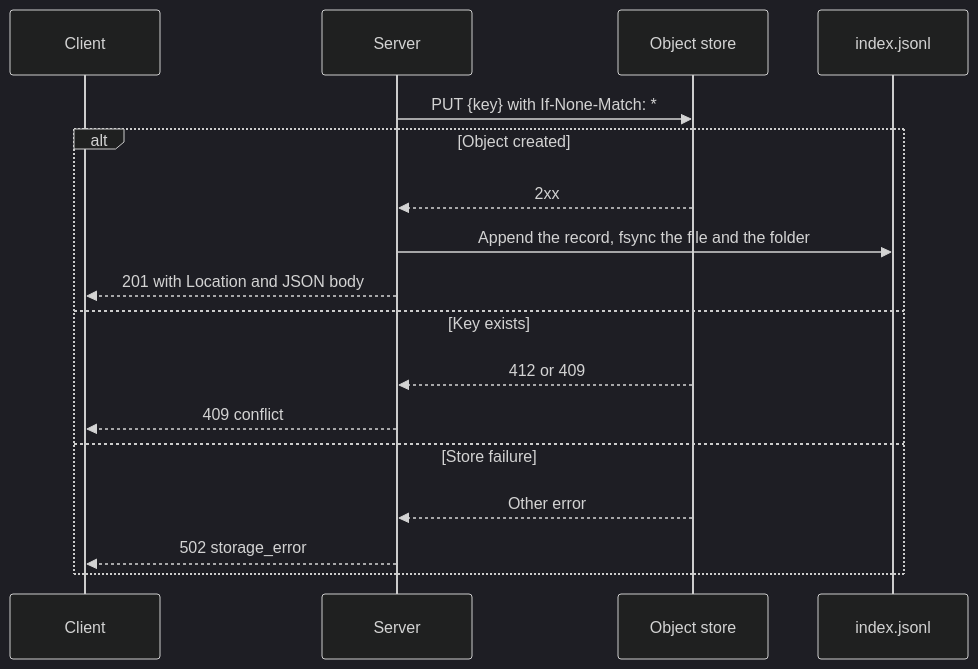
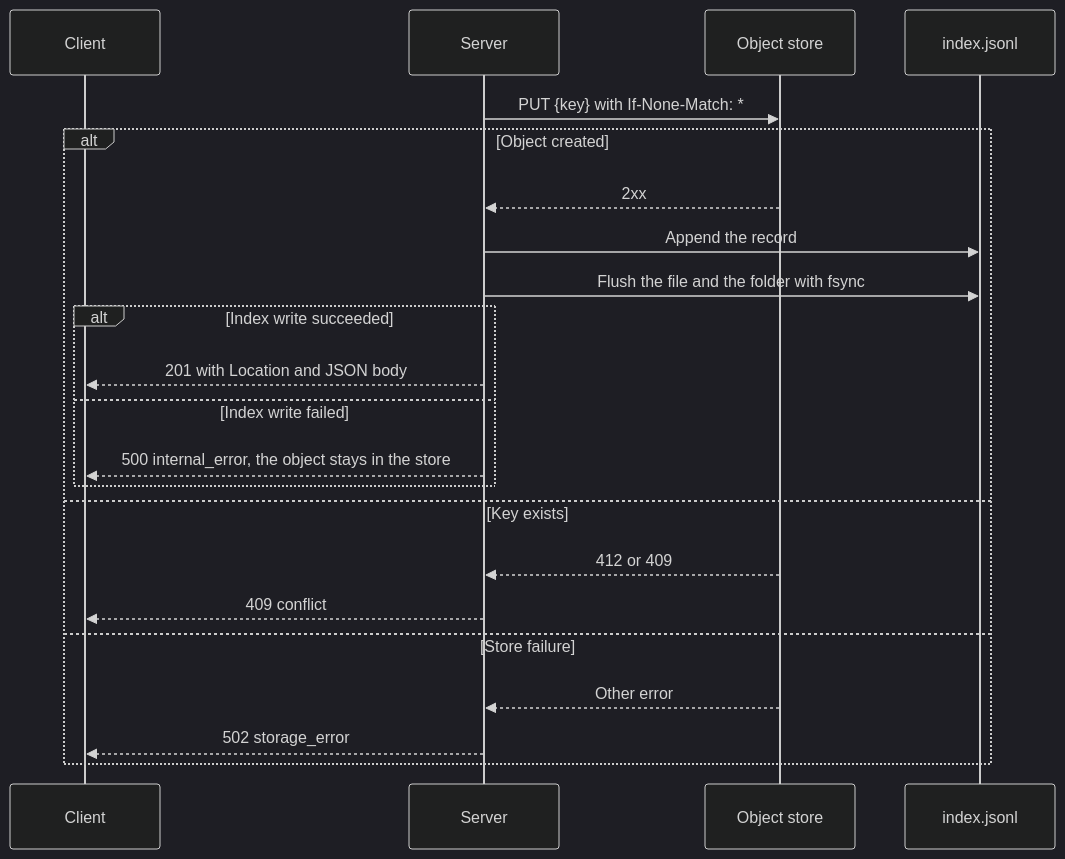
Before and after one commit to esukram/fileslop: the second of 2 diagrams in docs/prds/PRD-upload.md, drawn with Mermaid (dark theme). The commit also changed other lines of this file and 4 other files, not shown here.

First line of the commit message:
docs: apply review findings to diagrams and auth header text

````diff
--- a/docs/prds/PRD-upload.md
+++ b/docs/prds/PRD-upload.md
@@ -82,19 +83,24 @@
 ```mermaid
 sequenceDiagram
   participant C as Client
   participant S as Server
   participant O as Object store
   participant I as index.jsonl
   S->>O: PUT {key} with If-None-Match: *
   alt Object created
     O-->>S: 2xx
-    S->>I: Append the record, fsync the file and the folder
-    S-->>C: 201 with Location and JSON body
+    S->>I: Append the record
+    S->>I: Flush the file and the folder with fsync
+    alt Index write succeeded
+      S-->>C: 201 with Location and JSON body
+    else Index write failed
+      S-->>C: 500 internal_error, the object stays in the store
+    end
   else Key exists
     O-->>S: 412 or 409
     S-->>C: 409 conflict
   else Store failure
     O-->>S: Other error
     S-->>C: 502 storage_error
   end
 ```
````
